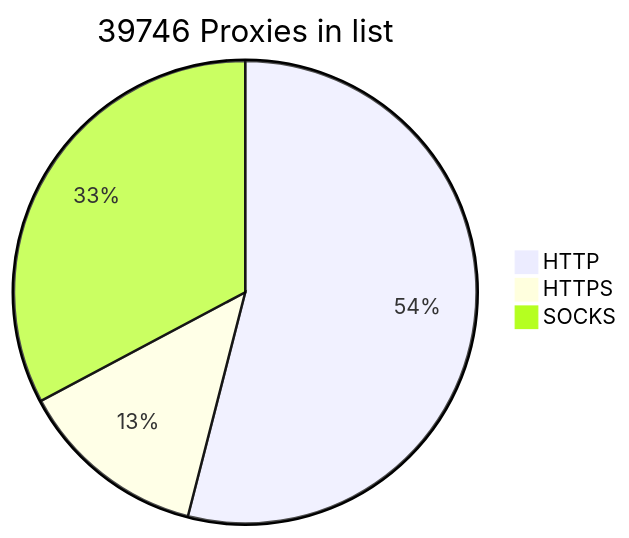
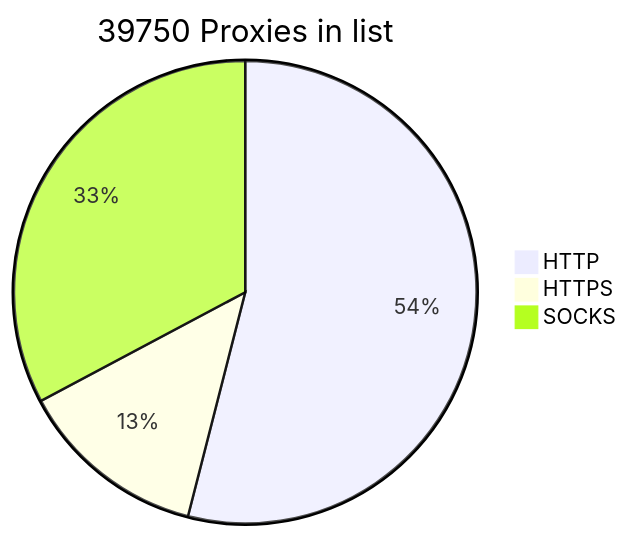
The diagram in README.md (BlackSnowDot/proxylist-update-every-minute), drawn with Mermaid before and after one commit.

````diff
--- a/README.md
+++ b/README.md
@@ -2,6 +2,6 @@
 ```mermaid
-pie title 39746 Proxies in list
-    "HTTP" : 23832
-    "HTTPS": 5841
+pie title 39750 Proxies in list
+    "HTTP" : 23830
+    "HTTPS": 5845
     "SOCKS" : 14468
 ```
````
